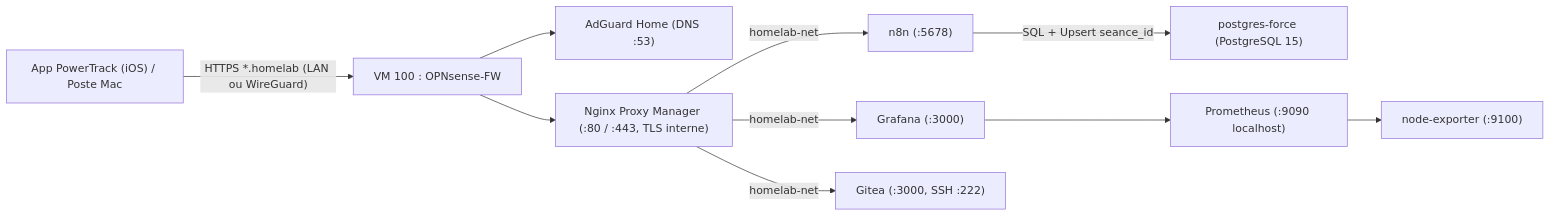
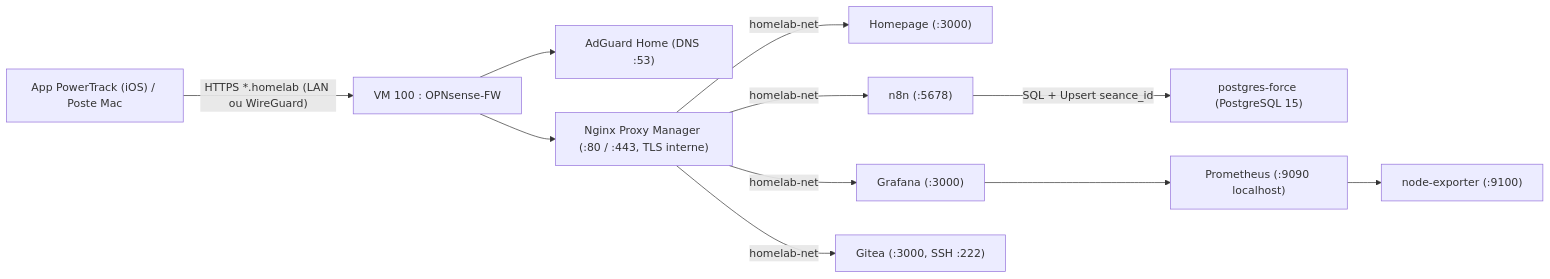
The diagram in README.md (Ethan-Ruders/homelab), drawn with Mermaid before and after one commit. The commit also changed other lines of this file and 9 other files, not shown here.

Commit message:
Add Homepage dashboard on https://homelab and include in daily backup

````diff
--- a/README.md
+++ b/README.md
@@ -11,12 +11,13 @@
 ```mermaid
 flowchart LR
     Client["App PowerTrack (iOS) / Poste Mac"] -->|"HTTPS *.homelab (LAN ou WireGuard)"| OPN["VM 100 : OPNsense-FW"]
     OPN --> AdGuard["AdGuard Home (DNS :53)"]
     OPN --> NPM["Nginx Proxy Manager (:80 / :443, TLS interne)"]
+    NPM -->|"homelab-net"| Homepage["Homepage (:3000)"]
     NPM -->|"homelab-net"| N8N["n8n (:5678)"]
     NPM -->|"homelab-net"| Grafana["Grafana (:3000)"]
     NPM -->|"homelab-net"| Gitea["Gitea (:3000, SSH :222)"]
     N8N -->|"SQL + Upsert seance_id"| PG["postgres-force (PostgreSQL 15)"]
     Prom["Prometheus (:9090 localhost)"] --> NodeExp["node-exporter (:9100)"]
     Grafana --> Prom
 ```
````
